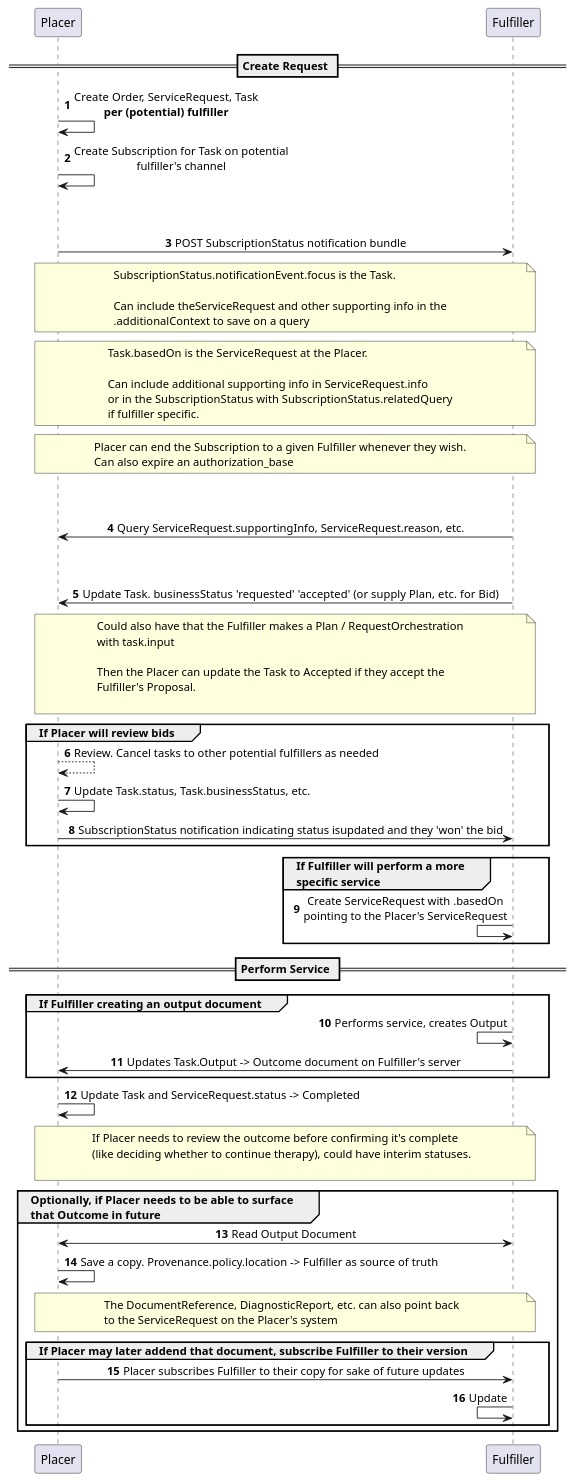
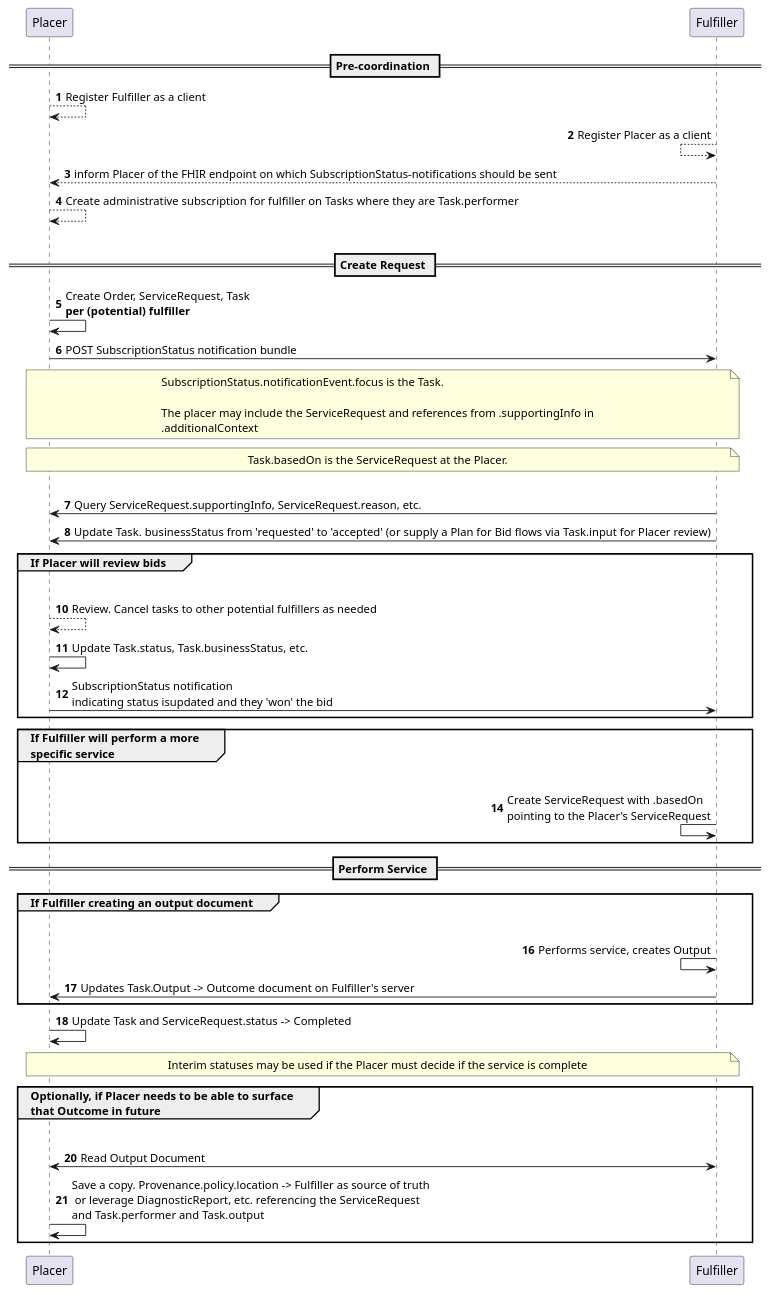
Before and after one commit to brianswinkels/fhir-cow-ig: the diagram in input/images-source/subscriptions-general-example-task-at-placer.plantuml, drawn with PlantUML.

```diff
--- a/input/images-source/subscriptions-general-example-task-at-placer.plantuml
+++ b/input/images-source/subscriptions-general-example-task-at-placer.plantuml
@@ -1,104 +1,75 @@
 @startuml
 autonumber
-skinparam svgDimensionStyle false
-skinparam sequenceMessageAlign center
+'skinparam svgDimensionStyle false
+'skinparam sequenceMessageAlign center
 
+== Pre-coordination ==
+
+Placer --> Placer: Register Fulfiller as a client
+
+Fulfiller <-- Fulfiller: Register Placer as a client
+
+Placer <-- Fulfiller: inform Placer of the FHIR endpoint on which SubscriptionStatus-notifications should be sent
+
+
+Placer --> Placer: Create administrative subscription for fulfiller on Tasks where they are Task.performer
+||20||
 == Create Request ==
 
 Placer -> Placer : Create Order, ServiceRequest, Task\n**per (potential) fulfiller**
 
-Placer -> Placer: Create Subscription for Task on potential\nfulfiller's channel
-||45||
 Placer -> Fulfiller: POST SubscriptionStatus notification bundle
 
 note over Placer,Fulfiller
 SubscriptionStatus.notificationEvent.focus is the Task. 
 
-Can include theServiceRequest and other supporting info in the 
-.additionalContext to save on a query
+The placer may include the ServiceRequest and references from .supportingInfo in 
+.additionalContext
 end note
 
 note over Placer,Fulfiller
 Task.basedOn is the ServiceRequest at the Placer. 
-
-Can include additional supporting info in ServiceRequest.info 
-or in the SubscriptionStatus with SubscriptionStatus.relatedQuery 
-if fulfiller specific.
 end note
 
-note over Placer,Fulfiller
-Placer can end the Subscription to a given Fulfiller whenever they wish. 
-Can also expire an authorization_base
-end note
-
-||45||
+||20||
 
 Fulfiller -> Placer : Query ServiceRequest.supportingInfo, ServiceRequest.reason, etc.
 
-||45||
+Fulfiller -> Placer : Update Task. businessStatus from 'requested' to 'accepted' (or supply a Plan for Bid flows via Task.input for Placer review)
 
-Fulfiller -> Placer : Update Task. businessStatus 'requested'  'accepted' (or supply Plan, etc. for Bid)
-
-note over Placer,Fulfiller
-Could also have that the Fulfiller makes a Plan / RequestOrchestration 
-with task.input
-
-Then the Placer can update the Task to Accepted if they accept the 
-Fulfiller's Proposal.
-
-end note
 
 group If Placer will review bids
+    Placer -[hidden]>Fulfiller:
     Placer --> Placer : Review. Cancel tasks to other potential fulfillers as needed
     Placer -> Placer : Update Task.status, Task.businessStatus, etc. 
-    Placer -> Fulfiller : SubscriptionStatus notification indicating status isupdated and they 'won' the bid
+    Placer -> Fulfiller : SubscriptionStatus notification \nindicating status isupdated and they 'won' the bid
 
 end
 
 group If Fulfiller will perform a more\nspecific service
-
-Fulfiller <- Fulfiller : Create ServiceRequest with .basedOn\npointing to the Placer's ServiceRequest 
-
+    Fulfiller-[hidden]>Placer:
+    Fulfiller <- Fulfiller : Create ServiceRequest with .basedOn\npointing to the Placer's ServiceRequest 
 
 end
 
 == Perform Service ==
 
 group If Fulfiller creating an output document
-
-Fulfiller <- Fulfiller : Performs service, creates Output
-
-Fulfiller -> Placer : Updates Task.Output -> Outcome document on Fulfiller's server
+    Fulfiller-[hidden]>Placer:
+    Fulfiller <- Fulfiller : Performs service, creates Output
+    Fulfiller -> Placer : Updates Task.Output -> Outcome document on Fulfiller's server
 
 end
 
 Placer -> Placer : Update Task and ServiceRequest.status -> Completed
 
 note over Placer,Fulfiller
-If Placer needs to review the outcome before confirming it's complete 
-(like deciding whether to continue therapy), could have interim statuses.
-
+Interim statuses may be used if the Placer must decide if the service is complete 
 end note
 
 group Optionally, if Placer needs to be able to surface\nthat Outcome in future
-
-Placer <-> Fulfiller: Read Output Document
-
-Placer -> Placer : Save a copy. Provenance.policy.location -> Fulfiller as source of truth
-
-note over Placer,Fulfiller
-The DocumentReference, DiagnosticReport, etc. can also point back
-to the ServiceRequest on the Placer's system
-end note
-
-group If Placer may later addend that document, subscribe Fulfiller to their version
-
-Placer -> Fulfiller: Placer subscribes Fulfiller to their copy for sake of future updates
-
-Fulfiller <-Fulfiller: Update
-
-end
-
-
+    Placer-[hidden]>Fulfiller
+    Placer <-> Fulfiller: Read Output Document
+    Placer -> Placer : Save a copy. Provenance.policy.location -> Fulfiller as source of truth\n or leverage DiagnosticReport, etc. referencing the ServiceRequest\nand Task.performer and Task.output
 end
 @enduml
```
